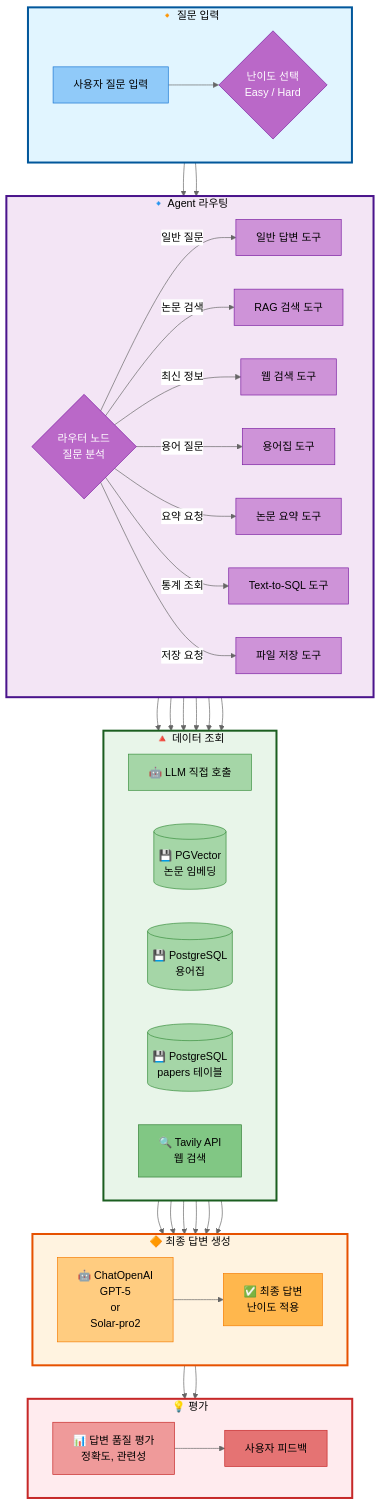
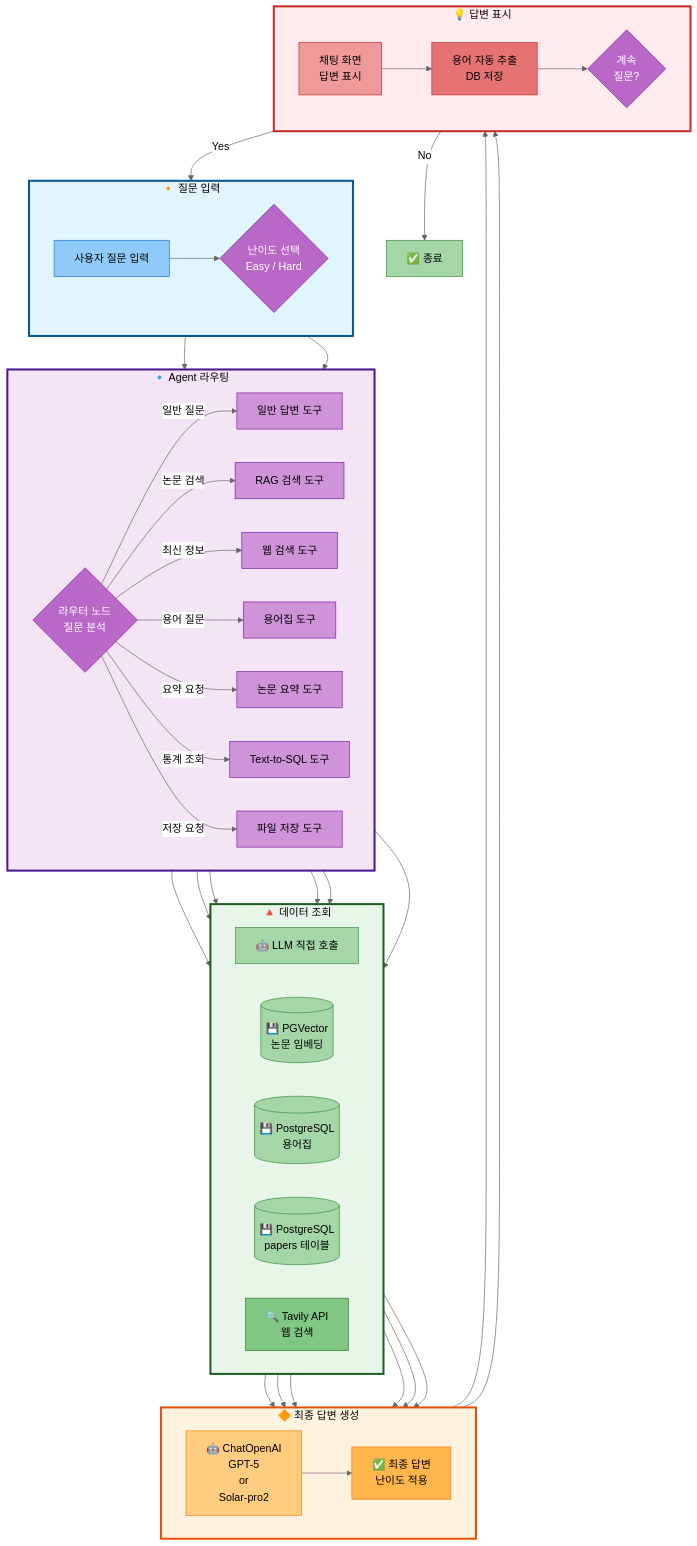
One commit to AIBootcamp14/langchainproject-new-langchainproject_5 changed the second of 3 diagrams in docs/modularization/01_프로젝트_구조.md. Above: the diagram before and after it, drawn with Mermaid (neutral theme). The commit also changed other lines of this file, not shown here.

Commit message:
docs: 실제 구현 기반 사용자 질문 처리 흐름도 수정
- 평가 단계를 답변 표시 단계로 변경 (실제 구현에 맞춤)
- Streamlit 자동 루프백 흐름 추가 (Continue → Input)
- 성능 평가는 별도 스크립트 실행으로 명시
- 용어 자동 추출 단계 반영

````diff
--- a/docs/modularization/01_프로젝트_구조.md
+++ b/docs/modularization/01_프로젝트_구조.md
@@ -152,24 +152,27 @@
         LLM --> Answer[✅ 최종 답변<br/>난이도 적용]
     end
 
-    subgraph Evaluation["💡 평가"]
+    subgraph Display["💡 답변 표시"]
         direction LR
-        Answer --> Eval[📊 답변 품질 평가<br/>정확도, 관련성]
-        Eval --> UserFeedback[사용자 피드백]
+        Answer --> ShowAnswer[채팅 화면<br/>답변 표시]
+        ShowAnswer --> SaveTerms[용어 자동 추출<br/>DB 저장]
+        SaveTerms --> Continue{계속<br/>질문?}
     end
 
     %% 단계 간 연결
     Input --> AgentProcessing
     AgentProcessing --> DataRetrieval
     DataRetrieval --> ResponseGen
-    ResponseGen --> Evaluation
+    ResponseGen --> Display
+    Continue -->|Yes| Input
+    Continue -->|No| End[✅ 종료]
 
     %% Subgraph 스타일
     style Input fill:#e1f5ff,stroke:#01579b,stroke-width:3px,color:#000
     style AgentProcessing fill:#f3e5f5,stroke:#4a148c,stroke-width:3px,color:#000
     style DataRetrieval fill:#e8f5e9,stroke:#1b5e20,stroke-width:3px,color:#000
     style ResponseGen fill:#fff3e0,stroke:#e65100,stroke-width:3px,color:#000
-    style Evaluation fill:#ffebee,stroke:#c62828,stroke-width:3px,color:#000
+    style Display fill:#ffebee,stroke:#c62828,stroke-width:3px,color:#000
 
     %% 노드 스타일 (입력 - 파랑 계열)
     style User fill:#90caf9,stroke:#1976d2,color:#000
@@ -196,7 +199,9 @@
     style LLM fill:#ffcc80,stroke:#f57c00,color:#000
     style Answer fill:#ffb74d,stroke:#f57c00,color:#000
 
-    %% 노드 스타일 (평가 - 빨강 계열)
-    style Eval fill:#ef9a9a,stroke:#c62828,color:#000
-    style UserFeedback fill:#e57373,stroke:#c62828,color:#000
+    %% 노드 스타일 (답변 표시 - 빨강 계열)
+    style ShowAnswer fill:#ef9a9a,stroke:#c62828,color:#000
+    style SaveTerms fill:#e57373,stroke:#c62828,color:#000
+    style Continue fill:#ba68c8,stroke:#7b1fa2,color:#fff
+    style End fill:#a5d6a7,stroke:#388e3c,color:#000
 ```
````
